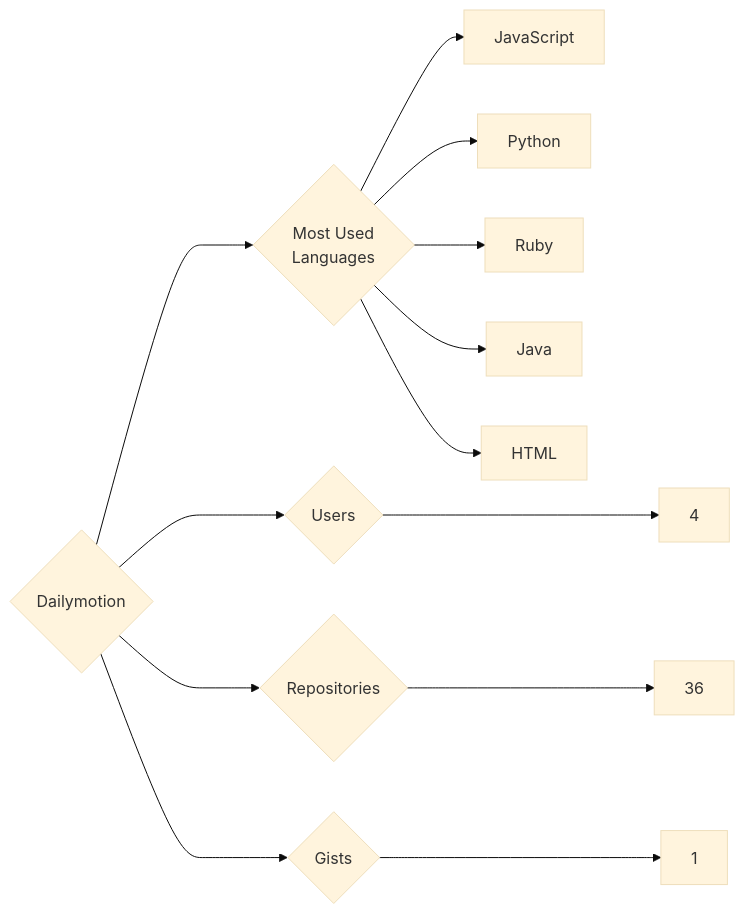
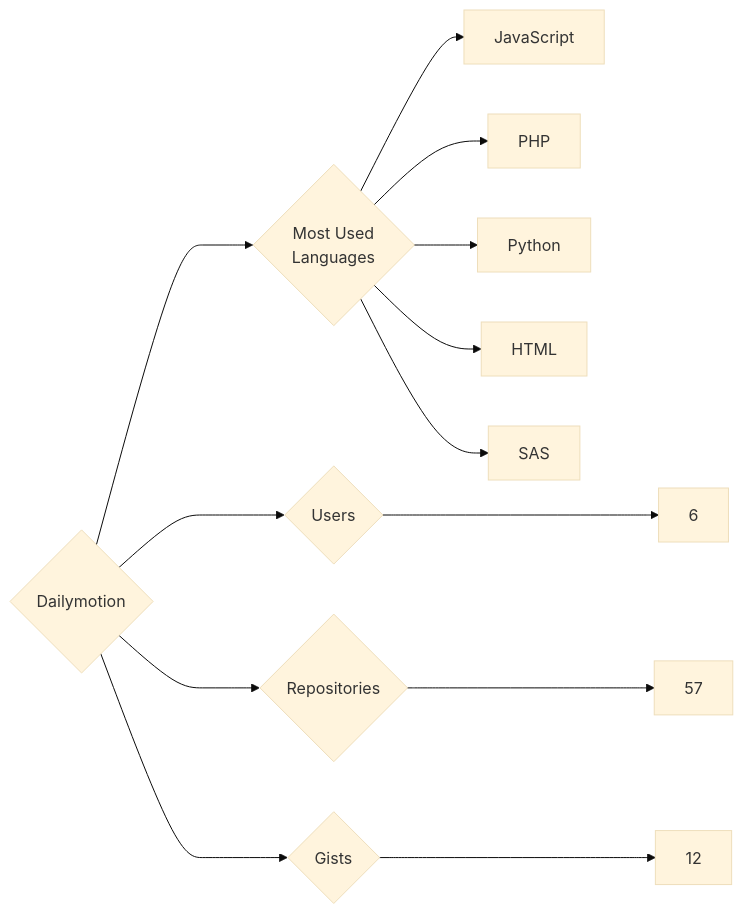
The diagram in targets/Dailymotion/README.md (trickest/insiders), drawn with Mermaid (base theme) before and after one commit. The commit also changed 1092 other files, not shown here.

````diff
--- a/targets/Dailymotion/README.md
+++ b/targets/Dailymotion/README.md
@@ -3,13 +3,13 @@
 ```mermaid
 graph LR
 COMPANY_NAME{Dailymotion}
-COMPANY_NAME ---> U{Users} ---> UN[4]
-COMPANY_NAME ---> R{Repositories} ---> RN[36]
-COMPANY_NAME ---> G{Gists} ---> GN[1]
+COMPANY_NAME ---> U{Users} ---> UN[6]
+COMPANY_NAME ---> R{Repositories} ---> RN[57]
+COMPANY_NAME ---> G{Gists} ---> GN[12]
 COMPANY_NAME ---> ML{Most Used<br>Languages}
 ML --> JavaScript[JavaScript]
+ML --> PHP[PHP]
 ML --> Python[Python]
-ML --> Ruby[Ruby]
-ML --> Java[Java]
 ML --> HTML[HTML]
+ML --> SAS[SAS]
 ```
````
